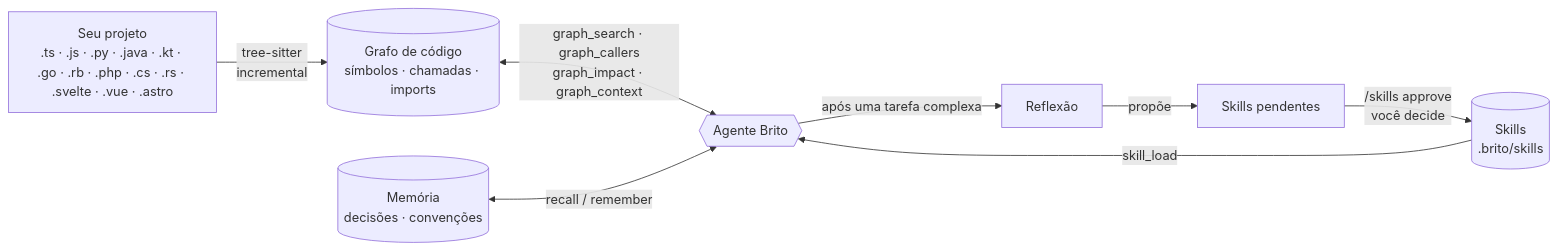
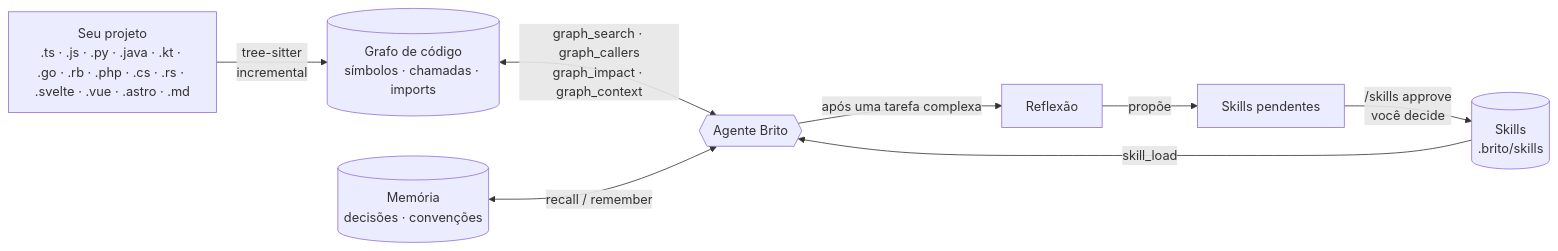
The diagram in README.pt-BR.md (wilsonbrito/brito), drawn with Mermaid before and after one commit. The commit also changed other lines of this file and 10 other files, not shown here.

First line of the commit message:
feat(graph): indexa markdown e adiciona ferramentas de notas

````diff
--- a/README.pt-BR.md
+++ b/README.pt-BR.md
@@ -45,10 +45,10 @@
 ```mermaid
 flowchart LR
-    code["Seu projeto<br/>.ts · .js · .py · .java · .kt · .go · .rb · .php · .cs · .rs · .svelte · .vue · .astro"] -->|"tree-sitter<br/>incremental"| cg[("Grafo de código<br/>símbolos · chamadas · imports")]
+    code["Seu projeto<br/>.ts · .js · .py · .java · .kt · .go · .rb · .php · .cs · .rs · .svelte · .vue · .astro · .md"] -->|"tree-sitter<br/>incremental"| cg[("Grafo de código<br/>símbolos · chamadas · imports")]
     cg <-->|"graph_search · graph_callers<br/>graph_impact · graph_context"| agent{{"Agente Brito"}}
     mem[("Memória<br/>decisões · convenções")] <-->|"recall / remember"| agent
     agent -->|"após uma tarefa complexa"| learn["Reflexão"]
     learn -->|"propõe"| pending["Skills pendentes"]
     pending -->|"/skills approve<br/>você decide"| skills[("Skills<br/>.brito/skills")]
     skills -->|"skill_load"| agent
 ```
````
